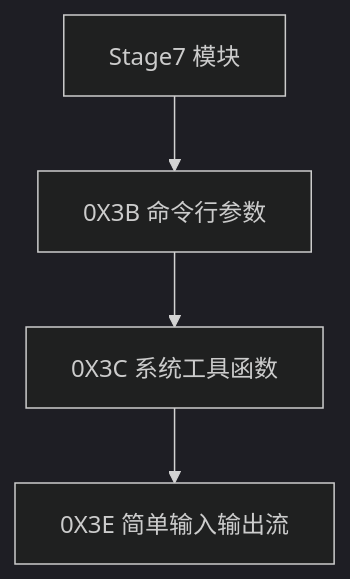
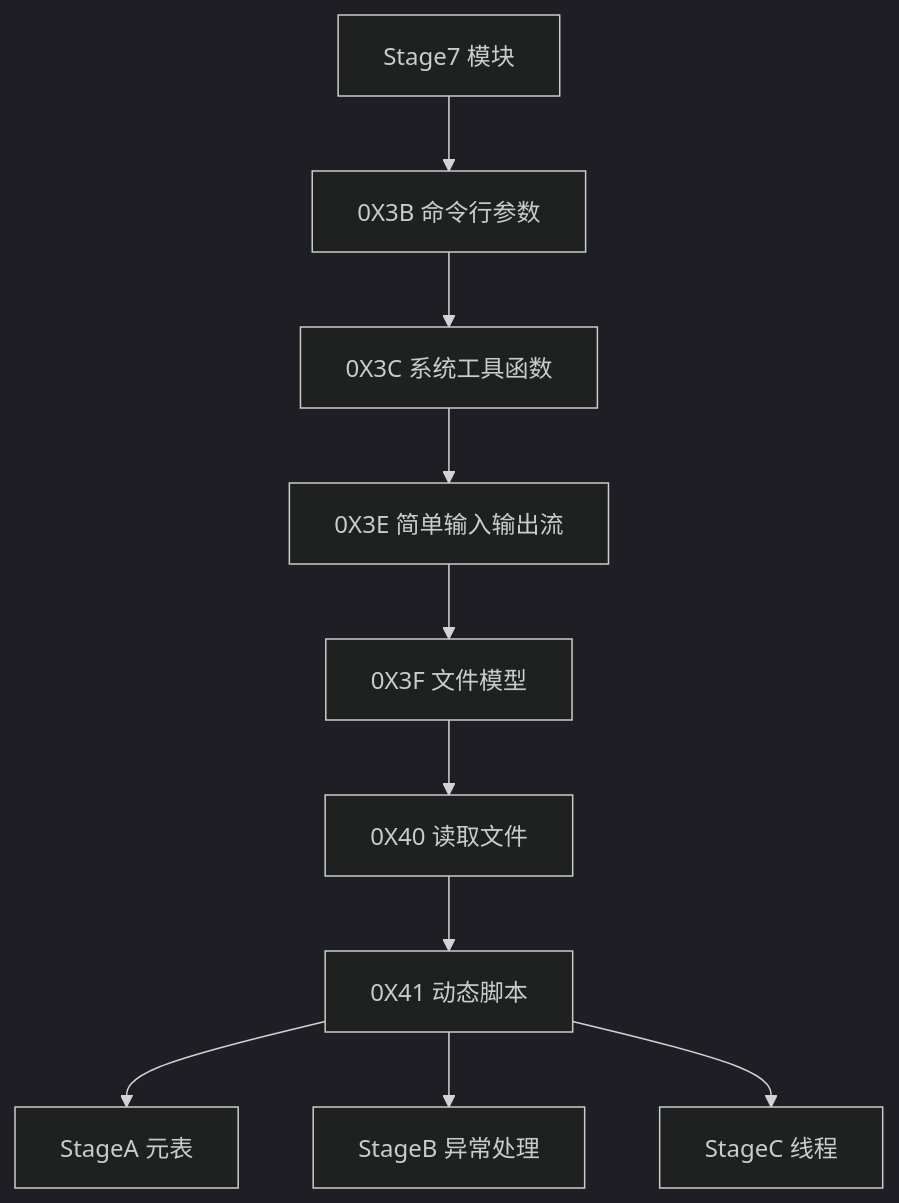
One commit to ZhiZe-ZG/TXLuaLesson changed diagram 11 of 12 in 目录.md. Above: the diagram before and after it, drawn with Mermaid (dark theme). The commit also changed other lines of this file and 6 other files, not shown here.

````diff
--- a/目录.md
+++ b/目录.md
@@ -321,11 +321,23 @@
 ```mermaid
 graph TD
     S7[Stage7 模块]
+    SA[StageA 元表]
+    SB[StageB 异常处理]
+    SC[StageC 线程]
     C3B[0X3B 命令行参数]
     C3C[0X3C 系统工具函数]
     C3E[0X3E 简单输入输出流]
+    C3F[0X3F 文件模型]
+    C40[0X40 读取文件]
+    C41[0X41 动态脚本]
 
     S7-->C3B
     C3B-->C3C
     C3C-->C3E
+    C3E-->C3F
+    C3F-->C40
+    C40-->C41
+    C41-->SA
+    C41-->SB
+    C41-->SC
 ```
````
